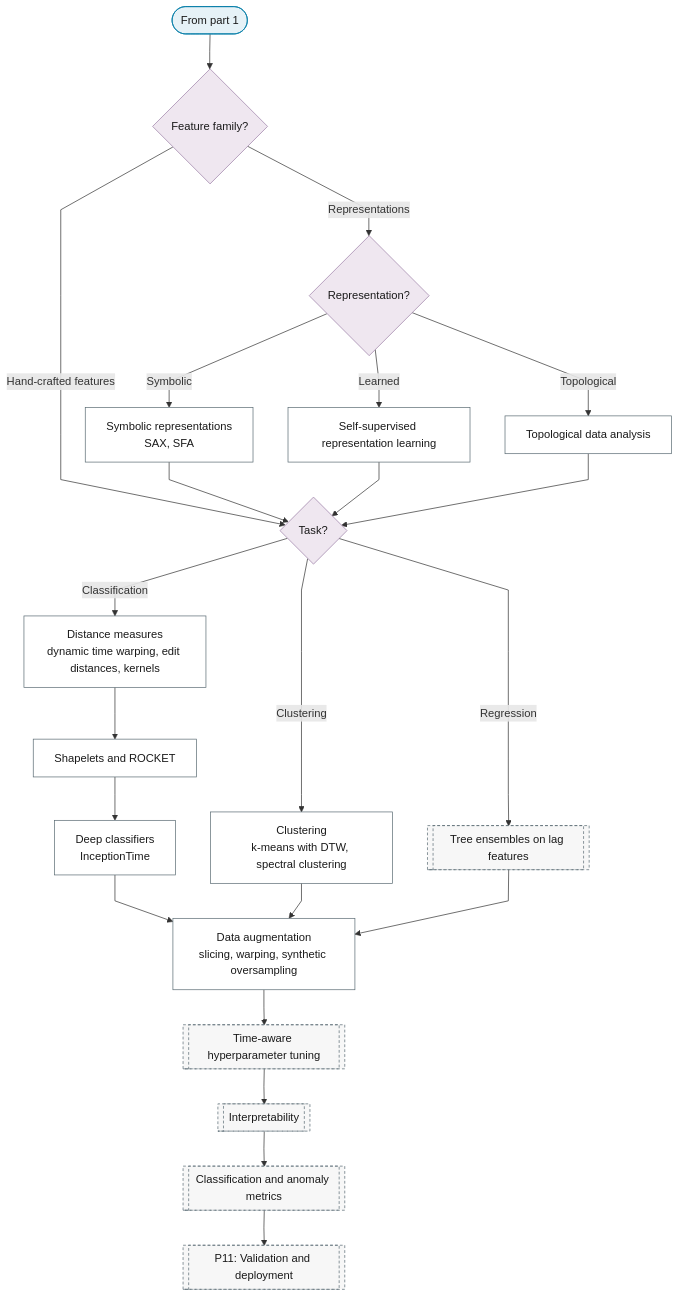
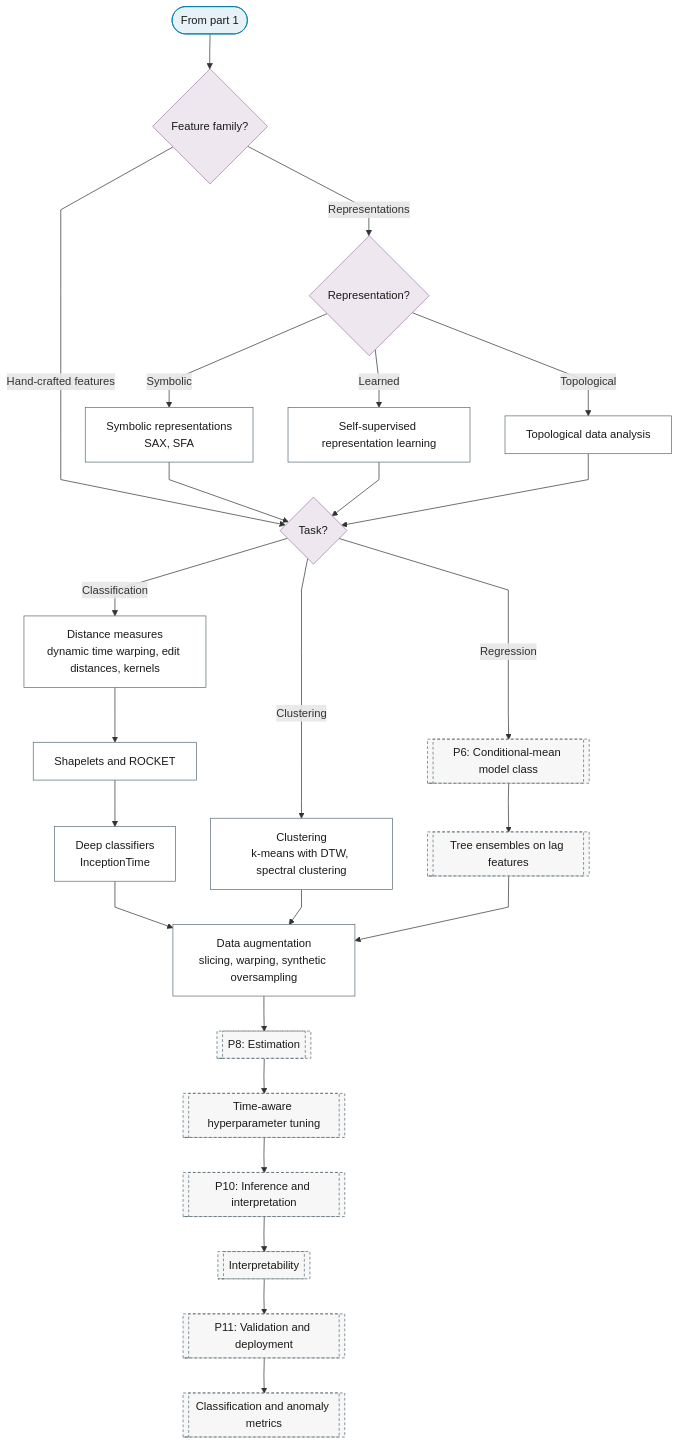
The second of 2 diagrams in docs/01-workflow/p02-purpose/07-feature-extraction-classification.md (Shuxin-Y/time-series-analysis-manual), drawn with Mermaid before and after one commit. The commit also changed 12 other files, not shown here.

First line of the commit message:
fix(flowchart): purpose charts index the spine in phase order (rev1 M3)

````diff
--- a/docs/01-workflow/p02-purpose/07-feature-extraction-classification.md
+++ b/docs/01-workflow/p02-purpose/07-feature-extraction-classification.md
@@ -36,33 +36,36 @@
 ```mermaid
 %%{init: {"flowchart": {"curve": "linear"}}}%%
 graph TD
     P2_FE_FROM_PART_1(["From part 1"]) --> P2_FE_FEATURE_Q_2{"Feature family?"}
     P2_FE_FEATURE_Q_2 -->|"Representations"| P2_FE_REPRESENTATION{"Representation?"}
     P2_FE_FEATURE_Q_2 -->|"Hand-crafted features"| P2_FE_LEARNER
     P2_FE_REPRESENTATION -->|"Symbolic"| P2_FE_SYMBOLIC["Symbolic representations<br/>SAX, SFA"]
     P2_FE_REPRESENTATION -->|"Learned"| P2_FE_REPRESENTATION_LEARNING["Self-supervised representation learning"]
     P2_FE_REPRESENTATION -->|"Topological"| P2_FE_TDA["Topological data analysis"]
     P2_FE_SYMBOLIC & P2_FE_REPRESENTATION_LEARNING & P2_FE_TDA --> P2_FE_LEARNER{"Task?"}
     P2_FE_LEARNER -->|"Classification"| P2_FE_DISTANCES["Distance measures<br/>dynamic time warping, edit distances, kernels"]
     P2_FE_LEARNER -->|"Clustering"| P2_FE_CLUSTERING["Clustering<br/>k-means with DTW, spectral clustering"]
-    P2_FE_LEARNER -->|"Regression"| P6_TREE_ENSEMBLES[["Tree ensembles on lag features"]]
+    P2_FE_LEARNER -->|"Regression"| P6[["P6: Conditional-mean model class"]]
+    P6 --> P6_TREE_ENSEMBLES[["Tree ensembles on lag features"]]
     P2_FE_DISTANCES --> P2_FE_SHAPELETS["Shapelets and ROCKET"]
     P2_FE_SHAPELETS --> P2_FE_DEEP_CLASSIFIERS["Deep classifiers<br/>InceptionTime"]
     P2_FE_DEEP_CLASSIFIERS & P2_FE_CLUSTERING & P6_TREE_ENSEMBLES --> P2_FE_AUGMENTATION["Data augmentation<br/>slicing, warping, synthetic oversampling"]
-    P2_FE_AUGMENTATION --> P8_HYPERPARAMETERS[["Time-aware hyperparameter tuning"]]
-    P8_HYPERPARAMETERS --> P10_INTERPRETABILITY[["Interpretability"]]
-    P10_INTERPRETABILITY --> P11_CLASSIFICATION_METRICS[["Classification and anomaly metrics"]]
-    P11_CLASSIFICATION_METRICS --> P11[["P11: Validation and deployment"]]
+    P2_FE_AUGMENTATION --> P8[["P8: Estimation"]]
+    P8 --> P8_HYPERPARAMETERS[["Time-aware hyperparameter tuning"]]
+    P8_HYPERPARAMETERS --> P10[["P10: Inference and interpretation"]]
+    P10 --> P10_INTERPRETABILITY[["Interpretability"]]
+    P10_INTERPRETABILITY --> P11[["P11: Validation and deployment"]]
+    P11 --> P11_CLASSIFICATION_METRICS[["Classification and anomaly metrics"]]
     class P2_FE_FROM_PART_1 terminator
     class P2_FE_FEATURE_Q_2,P2_FE_REPRESENTATION,P2_FE_LEARNER decision
     class P2_FE_SYMBOLIC,P2_FE_REPRESENTATION_LEARNING,P2_FE_TDA,P2_FE_DISTANCES,P2_FE_CLUSTERING,P2_FE_SHAPELETS,P2_FE_DEEP_CLASSIFIERS,P2_FE_AUGMENTATION process
-    class P6_TREE_ENSEMBLES,P8_HYPERPARAMETERS,P10_INTERPRETABILITY,P11_CLASSIFICATION_METRICS,P11 ref
+    class P6,P6_TREE_ENSEMBLES,P8,P8_HYPERPARAMETERS,P10,P10_INTERPRETABILITY,P11,P11_CLASSIFICATION_METRICS ref
     classDef terminator fill:#E6F2F7,stroke:#007BA7,color:#1A1A1A;
     classDef process fill:#FFFFFF,stroke:#5A6B73,color:#1A1A1A;
     classDef decision fill:#EFE7F0,stroke:#9B7FA7,color:#1A1A1A;
     classDef data fill:#FFF4E0,stroke:#C9A55E,color:#1A1A1A;
     classDef good fill:#DCEFD8,stroke:#4A7A3F,color:#1A1A1A;
     classDef escalate fill:#FFE9C2,stroke:#C9A55E,color:#1A1A1A;
     classDef problem fill:#F2D9DE,stroke:#800020,color:#1A1A1A;
     classDef ref fill:#F7F7F7,stroke:#5A6B73,color:#1A1A1A,stroke-dasharray:4 3;
 ```
````
